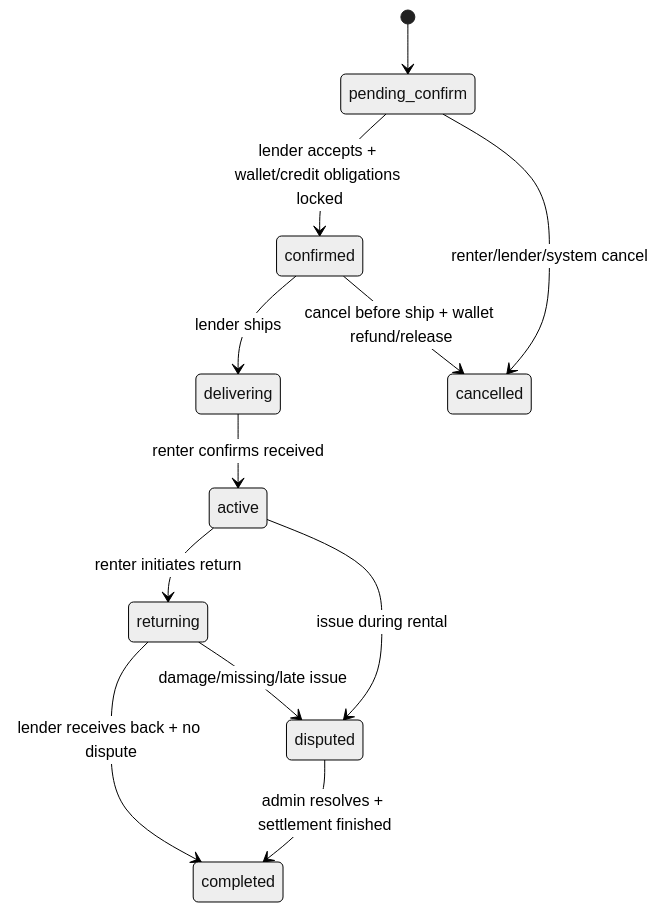
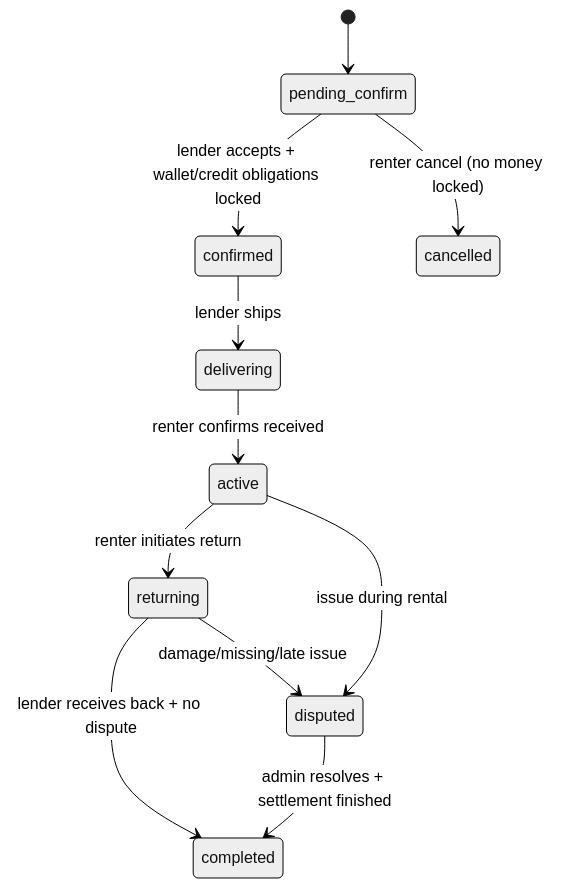
One commit to KidCute1412/startup-k23-hcmus changed the diagram in backend/docs/order-lifecycle-payment-design.md. Above: the diagram before and after it, drawn with Mermaid (neutral theme). The commit also changed other lines of this file and 30 other files, not shown here.

````diff
--- a/backend/docs/order-lifecycle-payment-design.md
+++ b/backend/docs/order-lifecycle-payment-design.md
@@ -241,14 +244,13 @@
 ```mermaid
 stateDiagram-v2
     [*] --> pending_confirm
     pending_confirm --> confirmed: lender accepts + wallet/credit obligations locked
-    pending_confirm --> cancelled: renter/lender/system cancel
+    pending_confirm --> cancelled: renter cancel (no money locked)
     confirmed --> delivering: lender ships
-    confirmed --> cancelled: cancel before ship + wallet refund/release
     delivering --> active: renter confirms received
     active --> returning: renter initiates return
     active --> disputed: issue during rental
     returning --> completed: lender receives back + no dispute
     returning --> disputed: damage/missing/late issue
     disputed --> completed: admin resolves + settlement finished
 ```
````
